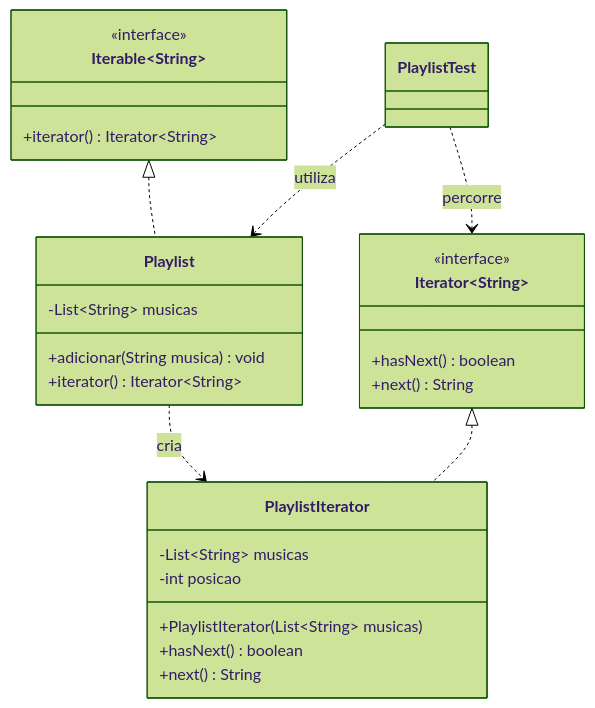
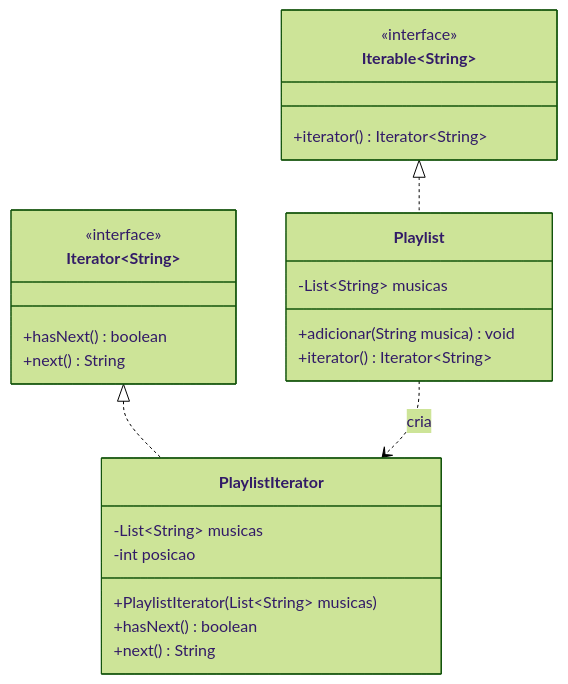
The diagram in README.md (Pablo10544/Iterator), drawn with Mermaid (forest theme) before and after one commit.

````diff
--- a/README.md
+++ b/README.md
@@ -3,31 +3,28 @@
 ```mermaid
 classDiagram
     class Iterable~String~ {
         <<interface>>
         +iterator() Iterator~String~
     }
     class Iterator~String~ {
         <<interface>>
         +hasNext() boolean
         +next() String
     }
     class Playlist {
         -List~String~ musicas
         +adicionar(String musica) void
         +iterator() Iterator~String~
     }
     class PlaylistIterator {
         -List~String~ musicas
         -int posicao
         +PlaylistIterator(List~String~ musicas)
         +hasNext() boolean
         +next() String
     }
-    class PlaylistTest
 
     Iterable~String~ <|.. Playlist
     Iterator~String~ <|.. PlaylistIterator
     Playlist ..> PlaylistIterator : cria
-    PlaylistTest ..> Playlist : utiliza
-    PlaylistTest ..> Iterator~String~ : percorre
 ```
````
